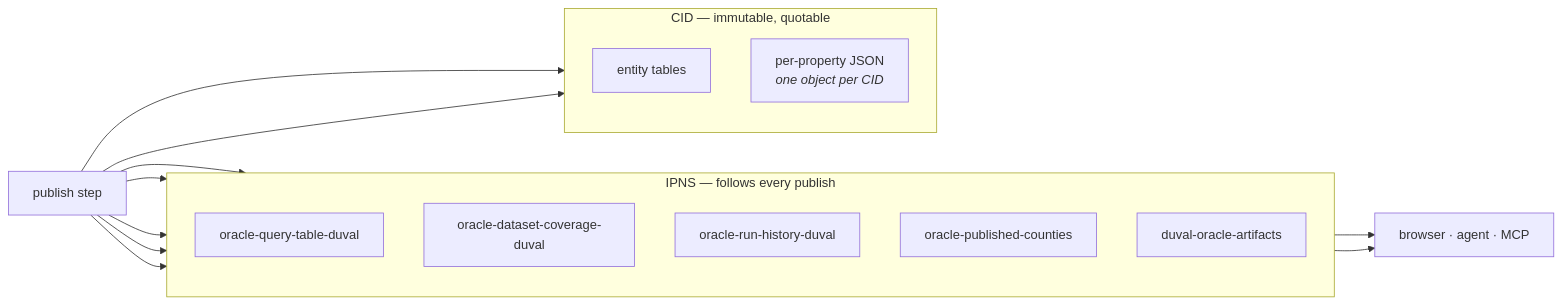
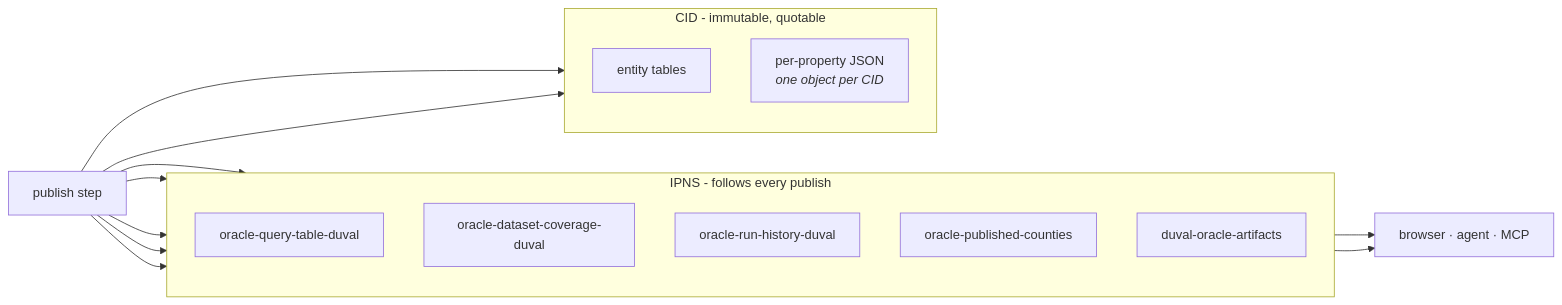
Before and after one commit to m-ratnikov/oracle-property-intelligence-platform-pipeline-duval-fl: the sixth of 9 diagrams in docs/ARCHITECTURE.md, drawn with Mermaid. The commit also changed other lines of this file and 43 other files, not shown here.

````diff
--- a/docs/ARCHITECTURE.md
+++ b/docs/ARCHITECTURE.md
@@ -254,31 +259,31 @@
 ```mermaid
 flowchart LR
     run["publish step"]
 
-    subgraph named ["IPNS — follows every publish"]
+    subgraph named ["IPNS - follows every publish"]
         direction TB
         qt["oracle-query-table-duval"]
         cov["oracle-dataset-coverage-duval"]
         rh["oracle-run-history-duval"]
         cat["oracle-published-counties"]
         idx["duval-oracle-artifacts"]
     end
 
-    subgraph pinned ["CID — immutable, quotable"]
+    subgraph pinned ["CID - immutable, quotable"]
         direction TB
         tables["entity tables"]
         props["per-property JSON<br/><i>one object per CID</i>"]
     end
 
     readers["browser · agent · MCP"]
 
     run --> qt
     run --> cov
     run --> rh
     run --> cat
     run --> idx
     run --> tables
     run --> props
     qt --> readers
     rh --> readers
 ```
````
